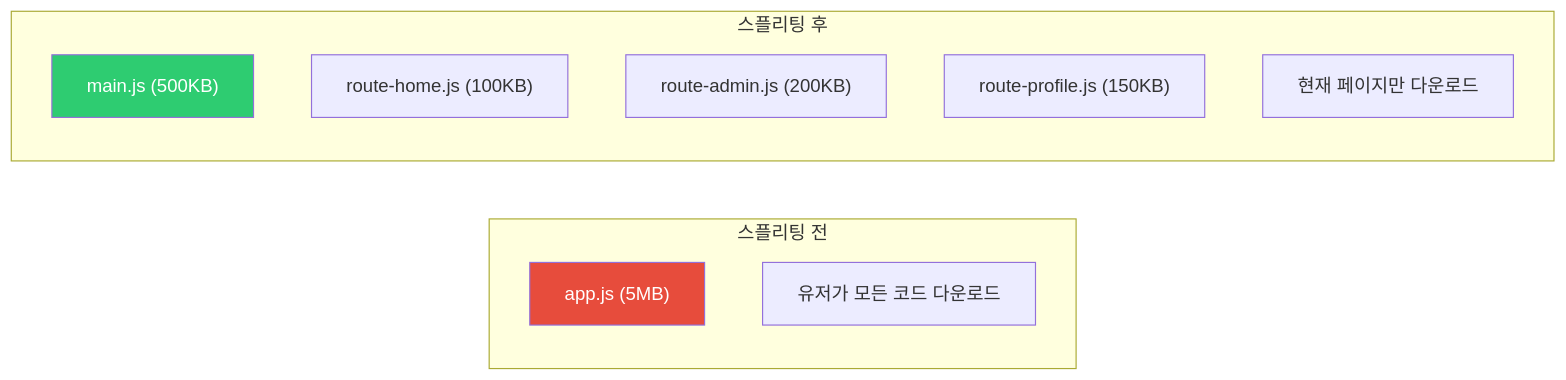
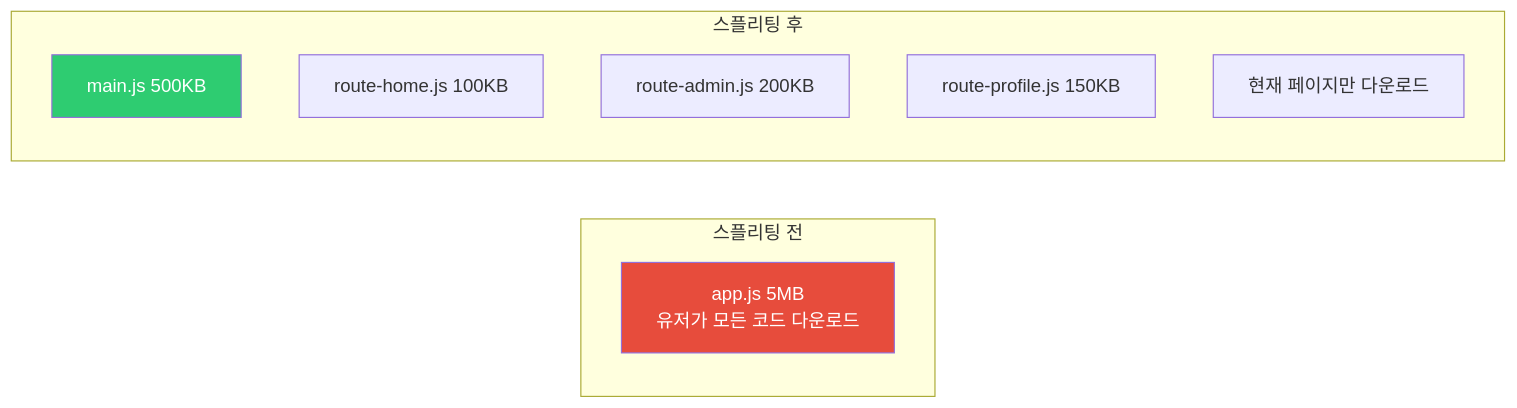
One commit to yjkim2015/yjkim2015.github.io changed the third of 5 diagrams in _posts/frontend/2026-05-02-react-performance.md. Above: the diagram before and after it, drawn with Mermaid. The commit also changed other lines of this file and 122 other files, not shown here.

````diff
--- a/_posts/frontend/2026-05-02-react-performance.md
+++ b/_posts/frontend/2026-05-02-react-performance.md
@@ -177,18 +158,17 @@
 ```mermaid
 graph LR
     subgraph "스플리팅 전"
-        BUNDLE["app.js (5MB)"]
-        USER["유저가 모든 코드 다운로드"]
+        BUNDLE["app.js 5MB<br>유저가 모든 코드 다운로드"]
     end
 
     subgraph "스플리팅 후"
-        MAIN["main.js (500KB)"]
-        ROUTE1["route-home.js (100KB)"]
-        ROUTE2["route-admin.js (200KB)"]
-        ROUTE3["route-profile.js (150KB)"]
+        MAIN["main.js 500KB"]
+        ROUTE1["route-home.js 100KB"]
+        ROUTE2["route-admin.js 200KB"]
+        ROUTE3["route-profile.js 150KB"]
         USER2["현재 페이지만 다운로드"]
     end
 
     style BUNDLE fill:#e74c3c,color:#fff
     style MAIN fill:#2ecc71,color:#fff
 ```
````
